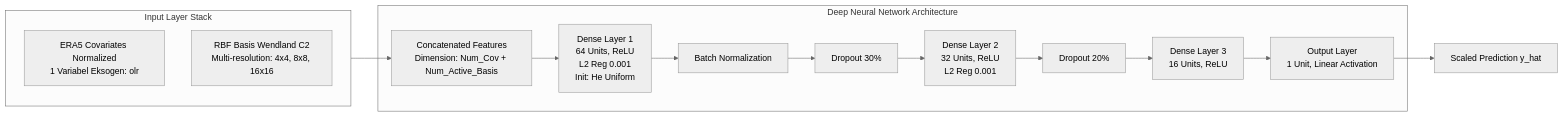
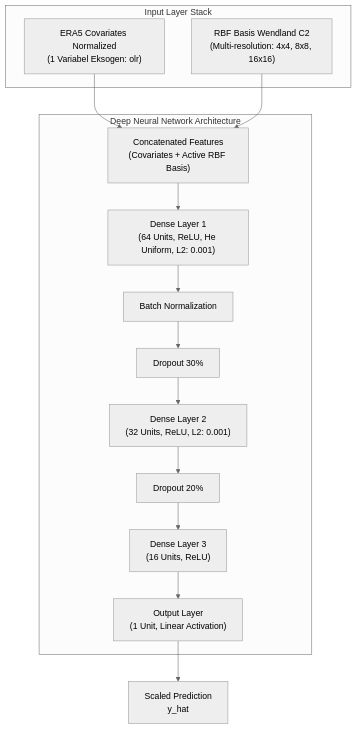
Before and after one commit to pxndameong/dk-2026: the second of 2 diagrams in README.md, drawn with Mermaid (neutral theme). The commit also changed other lines of this file, not shown here.

````diff
--- a/README.md
+++ b/README.md
@@ -58,20 +58,30 @@
 ```mermaid
-graph LR
+flowchart TD
     subgraph Input_Features ["Input Layer Stack"]
-        X1["ERA5 Covariates Normalized<br/>1 Variabel Eksogen: olr"]
-        X2["RBF Basis Wendland C2<br/>Multi-resolution: 4x4, 8x8, 16x16"]
+        X1["ERA5 Covariates Normalized<br/>(1 Variabel Eksogen: olr)"]
+        X2["RBF Basis Wendland C2<br/>(Multi-resolution: 4x4, 8x8, 16x16)"]
     end
 
     subgraph DNN_Layers ["Deep Neural Network Architecture"]
-        Input["Concatenated Features<br/>Dimension: Num_Cov + Num_Active_Basis"] --> Dense1["Dense Layer 1<br/>64 Units, ReLU<br/>L2 Reg 0.001<br/>Init: He Uniform"]
-        Dense1 --> BN["Batch Normalization"]
-        BN --> Drop1["Dropout 30%"]
-        Drop1 --> Dense2["Dense Layer 2<br/>32 Units, ReLU<br/>L2 Reg 0.001"]
-        Dense2 --> Drop2["Dropout 20%"]
-        Drop2 --> Dense3["Dense Layer 3<br/>16 Units, ReLU"]
-        Dense3 --> Out["Output Layer<br/>1 Unit, Linear Activation"]
+        Input["Concatenated Features<br/>(Covariates + Active RBF Basis)"]
+        Dense1["Dense Layer 1<br/>(64 Units, ReLU, He Uniform, L2: 0.001)"]
+        BN["Batch Normalization"]
+        Drop1["Dropout 30%"]
+        Dense2["Dense Layer 2<br/>(32 Units, ReLU, L2: 0.001)"]
+        Drop2["Dropout 20%"]
+        Dense3["Dense Layer 3<br/>(16 Units, ReLU)"]
+        Out["Output Layer<br/>(1 Unit, Linear Activation)"]
     end
 
-    Input_Features --> Input
-    Out --> YPred["Scaled Prediction y_hat"]
+    YPred["Scaled Prediction<br/>y_hat"]
+
+    X1 & X2 --> Input
+    Input --> Dense1
+    Dense1 --> BN
+    BN --> Drop1
+    Drop1 --> Dense2
+    Dense2 --> Drop2
+    Drop2 --> Dense3
+    Dense3 --> Out
+    Out --> YPred
 ```
````
